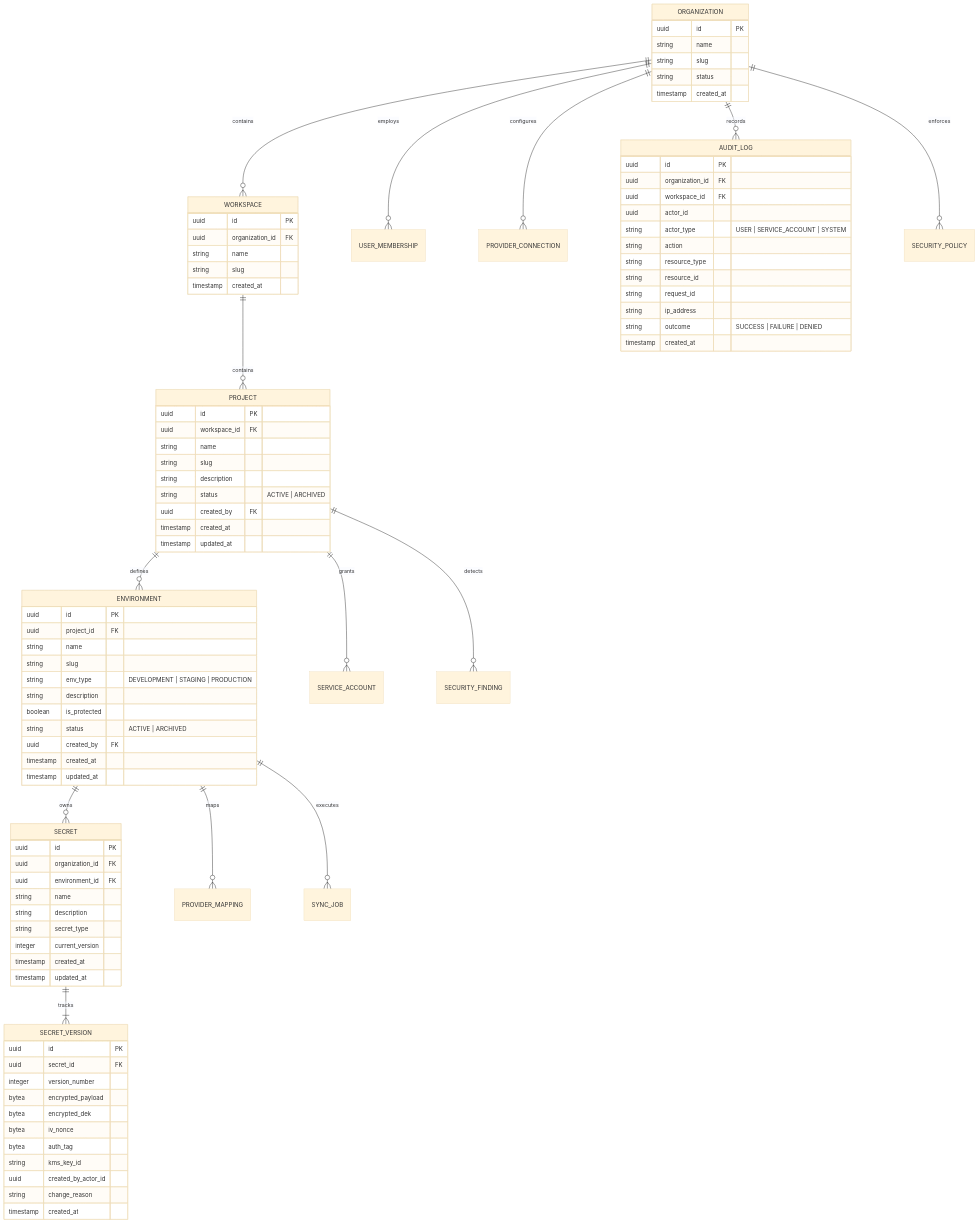
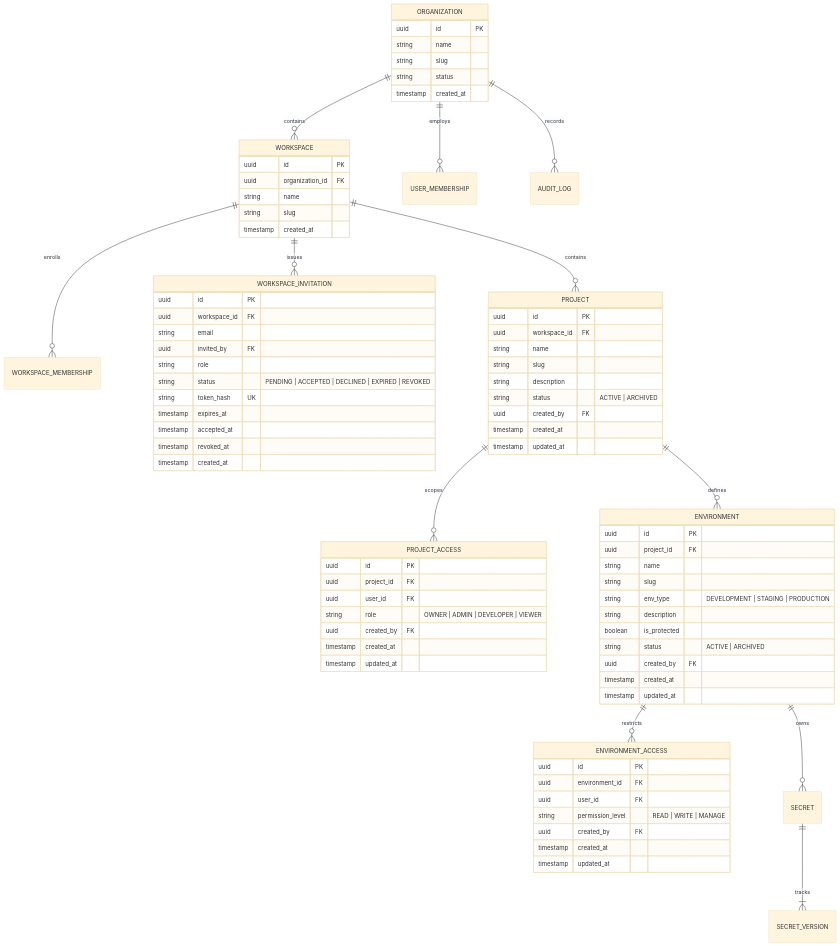
One commit to Hrushi4151/SecretVault changed the diagram in docs/DATABASE.md. Above: the diagram before and after it, drawn with Mermaid (base theme). The commit also changed other lines of this file and 47 other files, not shown here.

Commit message:
feat(access): add workspace invitations and scoped project access

````diff
--- a/docs/DATABASE.md
+++ b/docs/DATABASE.md
@@ -31,17 +33,15 @@
 erDiagram
     ORGANIZATION ||--o{ WORKSPACE : contains
     ORGANIZATION ||--o{ USER_MEMBERSHIP : employs
+    WORKSPACE ||--o{ WORKSPACE_MEMBERSHIP : enrolls
+    WORKSPACE ||--o{ WORKSPACE_INVITATION : issues
     WORKSPACE ||--o{ PROJECT : contains
+    PROJECT ||--o{ PROJECT_ACCESS : scopes
     PROJECT ||--o{ ENVIRONMENT : defines
+    ENVIRONMENT ||--o{ ENVIRONMENT_ACCESS : restricts
     ENVIRONMENT ||--o{ SECRET : owns
     SECRET ||--|{ SECRET_VERSION : tracks
-    ENVIRONMENT ||--o{ PROVIDER_MAPPING : maps
-    ORGANIZATION ||--o{ PROVIDER_CONNECTION : configures
-    ENVIRONMENT ||--o{ SYNC_JOB : executes
     ORGANIZATION ||--o{ AUDIT_LOG : records
-    PROJECT ||--o{ SERVICE_ACCOUNT : grants
-    ORGANIZATION ||--o{ SECURITY_POLICY : enforces
-    PROJECT ||--o{ SECURITY_FINDING : detects
 
     ORGANIZATION {
         uuid id PK
@@ -59,6 +59,20 @@
         timestamp created_at
     }
 
+    WORKSPACE_INVITATION {
+        uuid id PK
+        uuid workspace_id FK
+        string email
+        uuid invited_by FK
+        string role
+        string status "PENDING | ACCEPTED | DECLINED | EXPIRED | REVOKED"
+        string token_hash UK
+        timestamp expires_at
+        timestamp accepted_at
+        timestamp revoked_at
+        timestamp created_at
+    }
+
     PROJECT {
         uuid id PK
         uuid workspace_id FK
@@ -66,6 +80,16 @@
         string slug
         string description
         string status "ACTIVE | ARCHIVED"
+        uuid created_by FK
+        timestamp created_at
+        timestamp updated_at
+    }
+
+    PROJECT_ACCESS {
+        uuid id PK
+        uuid project_id FK
+        uuid user_id FK
+        string role "OWNER | ADMIN | DEVELOPER | VIEWER"
         uuid created_by FK
         timestamp created_at
         timestamp updated_at
@@ -85,44 +109,13 @@
         timestamp updated_at
     }
 
-    SECRET {
+    ENVIRONMENT_ACCESS {
         uuid id PK
-        uuid organization_id FK
         uuid environment_id FK
-        string name
-        string description
-        string secret_type
-        integer current_version
+        uuid user_id FK
+        string permission_level "READ | WRITE | MANAGE"
+        uuid created_by FK
         timestamp created_at
         timestamp updated_at
     }
-
-    SECRET_VERSION {
-        uuid id PK
-        uuid secret_id FK
-        integer version_number
-        bytea encrypted_payload
-        bytea encrypted_dek
-        bytea iv_nonce
-        bytea auth_tag
-        string kms_key_id
-        uuid created_by_actor_id
-        string change_reason
-        timestamp created_at
-    }
-
-    AUDIT_LOG {
-        uuid id PK
-        uuid organization_id FK
-        uuid workspace_id FK
-        uuid actor_id
-        string actor_type "USER | SERVICE_ACCOUNT | SYSTEM"
-        string action
-        string resource_type
-        string resource_id
-        string request_id
-        string ip_address
-        string outcome "SUCCESS | FAILURE | DENIED"
-        timestamp created_at
-    }
 ```
````
